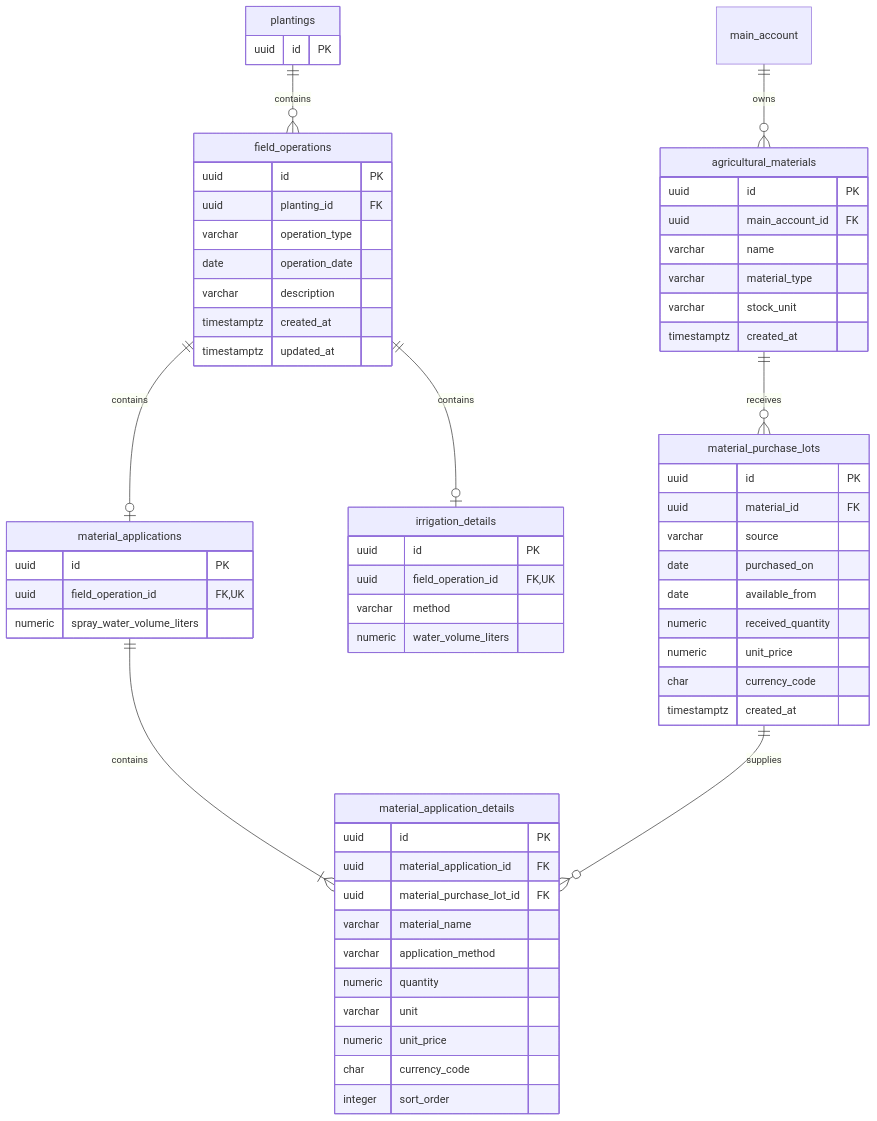
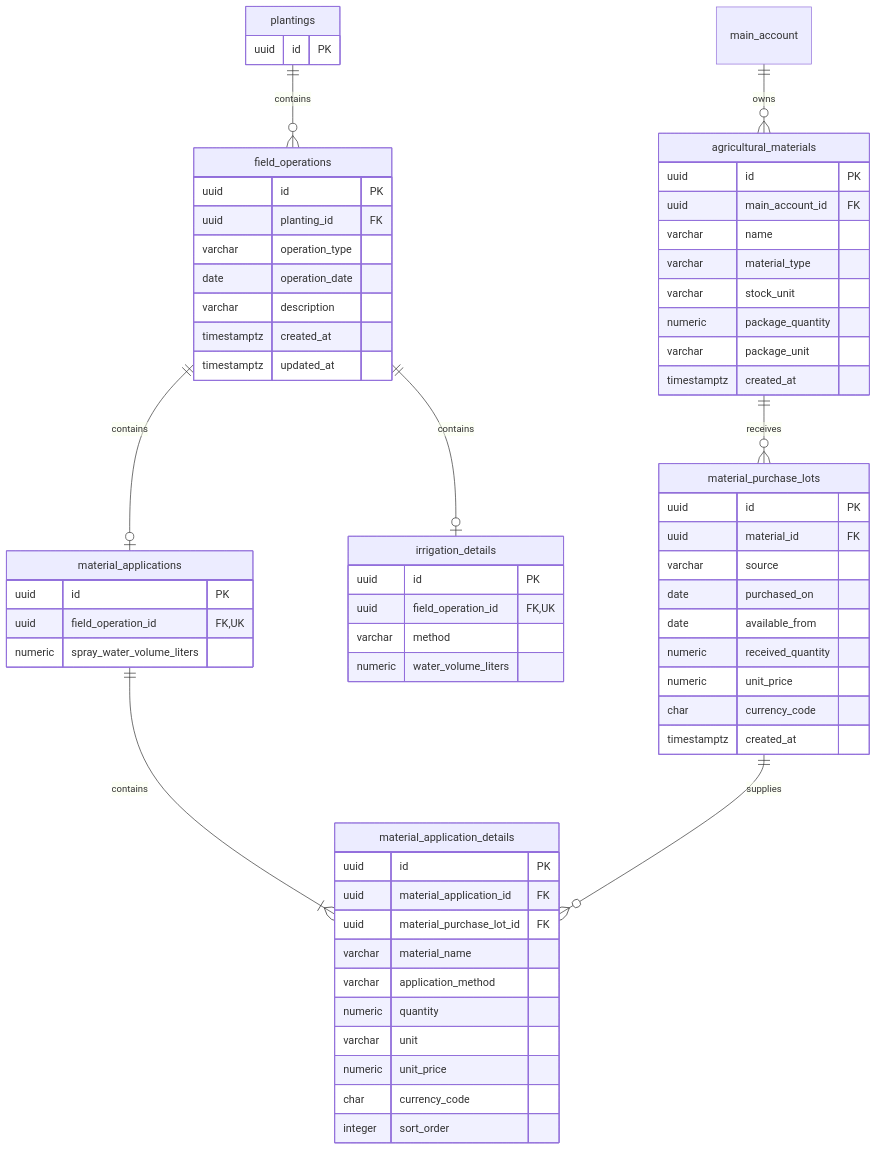
One commit to HanChiYang/crop-pilot changed the first of 2 diagrams in docs/design/first-desktop-slice-database.md. Above: the diagram before and after it, drawn with Mermaid. The commit also changed other lines of this file and 33 other files, not shown here.

````diff
--- a/docs/design/first-desktop-slice-database.md
+++ b/docs/design/first-desktop-slice-database.md
@@ -245,64 +249,66 @@
 ```mermaid
 erDiagram
     main_account ||--o{ agricultural_materials : owns
     agricultural_materials ||--o{ material_purchase_lots : receives
     plantings ||--o{ field_operations : contains
     field_operations ||--o| irrigation_details : contains
     field_operations ||--o| material_applications : contains
     material_applications ||--|{ material_application_details : contains
     material_purchase_lots ||--o{ material_application_details : supplies
     plantings {
         uuid id PK
     }
     field_operations {
         uuid id PK
         uuid planting_id FK
         varchar operation_type
         date operation_date
         varchar description
         timestamptz created_at
         timestamptz updated_at
     }
     irrigation_details {
         uuid id PK
         uuid field_operation_id FK, UK
         varchar method
         numeric water_volume_liters
     }
     material_applications {
         uuid id PK
         uuid field_operation_id FK, UK
         numeric spray_water_volume_liters
     }
     material_application_details {
         uuid id PK
         uuid material_application_id FK
         uuid material_purchase_lot_id FK
         varchar material_name
         varchar application_method
         numeric quantity
         varchar unit
         numeric unit_price
         char currency_code
         integer sort_order
     }
     agricultural_materials {
         uuid id PK
         uuid main_account_id FK
         varchar name
         varchar material_type
         varchar stock_unit
+        numeric package_quantity
+        varchar package_unit
         timestamptz created_at
     }
     material_purchase_lots {
         uuid id PK
         uuid material_id FK
         varchar source
         date purchased_on
         date available_from
         numeric received_quantity
         numeric unit_price
         char currency_code
         timestamptz created_at
     }
 ```
````
